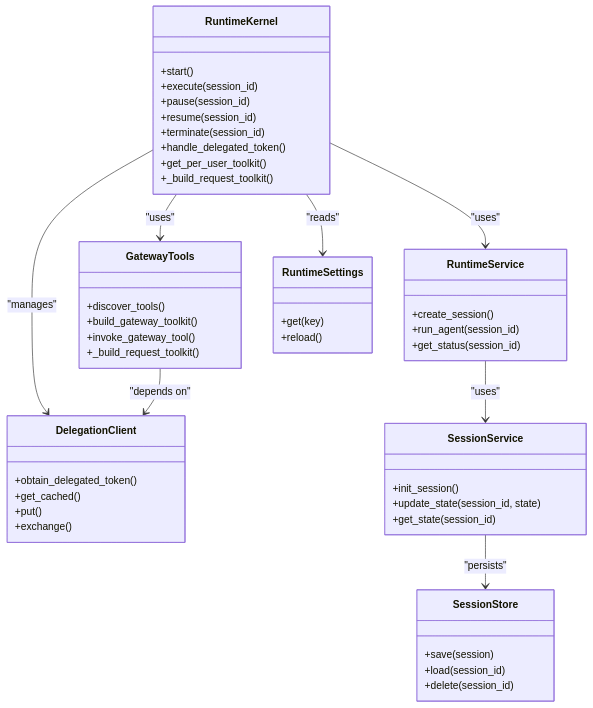
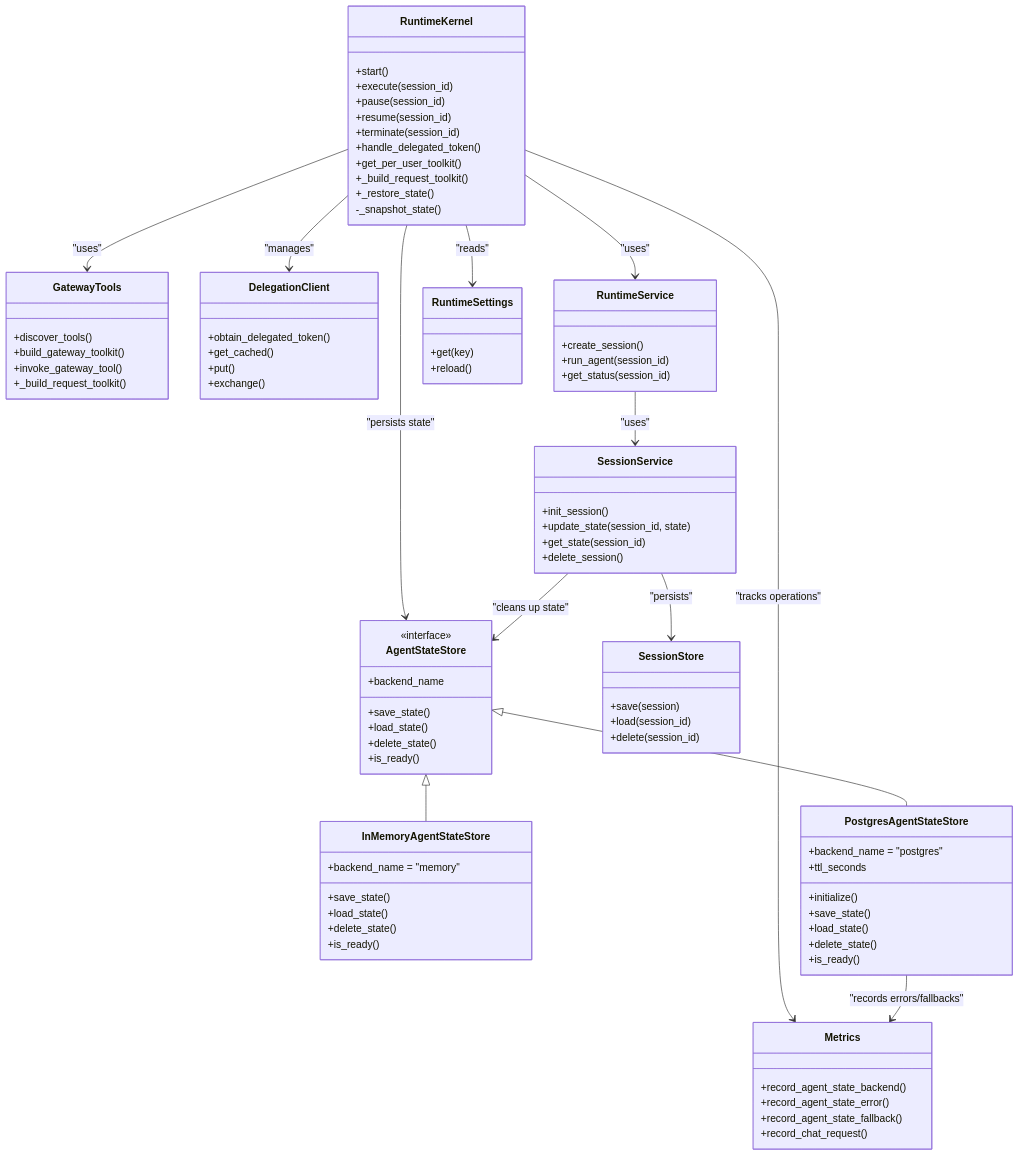
The fourth of 4 diagrams in .qoder/repowiki/en/content/Agent Platform Service/Runtime Kernel and Agent Lifecycle.md (metasync/luban-aiops), drawn with Mermaid before and after one commit. The commit also changed other lines of this file and 6 other files, not shown here.

Commit message:
docs: refresh repowiki knowledge cache for SPEC-016/017 kernel durability and incident service

````diff
--- a/.qoder/repowiki/en/content/Agent Platform Service/Runtime Kernel and Agent Lifecycle.md
+++ b/.qoder/repowiki/en/content/Agent Platform Service/Runtime Kernel and Agent Lifecycle.md
@@ -296,6 +309,38 @@
 +handle_delegated_token()
 +get_per_user_toolkit()
 +_build_request_toolkit()
++_restore_state()
+-_snapshot_state()
+}
+class AgentStateStore {
+<<interface>>
++backend_name
++save_state()
++load_state()
++delete_state()
++is_ready()
+}
+class InMemoryAgentStateStore {
++backend_name = "memory"
++save_state()
++load_state()
++delete_state()
++is_ready()
+}
+class PostgresAgentStateStore {
++backend_name = "postgres"
++ttl_seconds
++initialize()
++save_state()
++load_state()
++delete_state()
++is_ready()
+}
+class Metrics {
++record_agent_state_backend()
++record_agent_state_error()
++record_agent_state_fallback()
++record_chat_request()
 }
 class GatewayTools {
 +discover_tools()
@@ -318,6 +363,7 @@
 +init_session()
 +update_state(session_id, state)
 +get_state(session_id)
++delete_session()
 }
 class SessionStore {
 +save(session)
@@ -328,11 +374,16 @@
 +get(key)
 +reload()
 }
+RuntimeKernel --> AgentStateStore : "persists state"
+RuntimeKernel --> Metrics : "tracks operations"
 RuntimeKernel --> GatewayTools : "uses"
 RuntimeKernel --> DelegationClient : "manages"
 RuntimeKernel --> RuntimeService : "uses"
 RuntimeKernel --> RuntimeSettings : "reads"
 RuntimeService --> SessionService : "uses"
 SessionService --> SessionStore : "persists"
-GatewayTools --> DelegationClient : "depends on"
+SessionService --> AgentStateStore : "cleans up state"
+AgentStateStore <|-- InMemoryAgentStateStore
+AgentStateStore <|-- PostgresAgentStateStore
+PostgresAgentStateStore --> Metrics : "records errors/fallbacks"
 ```
````
